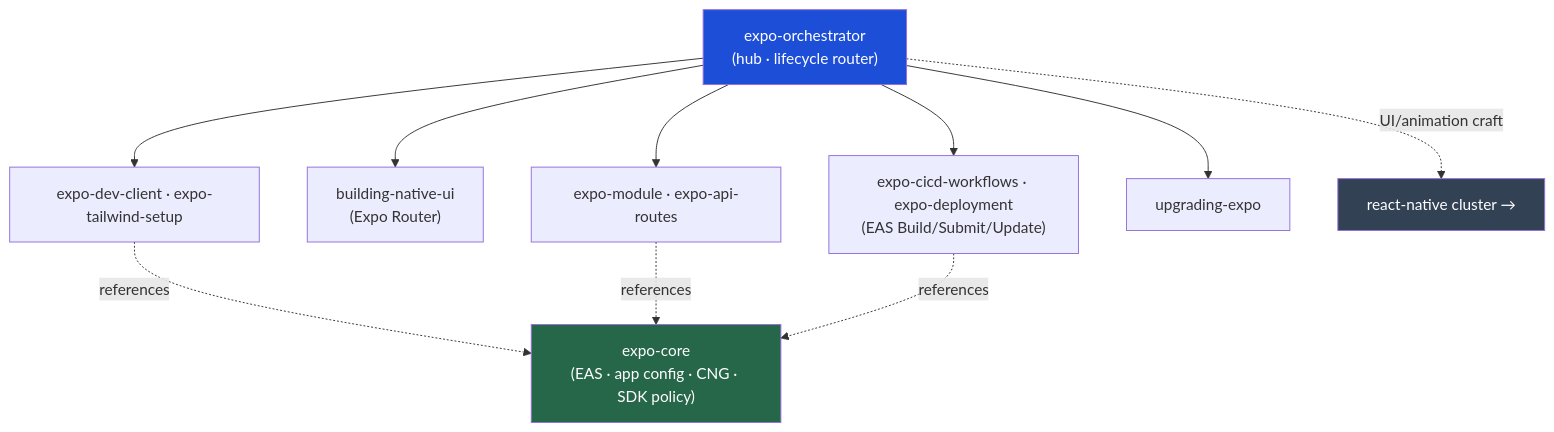
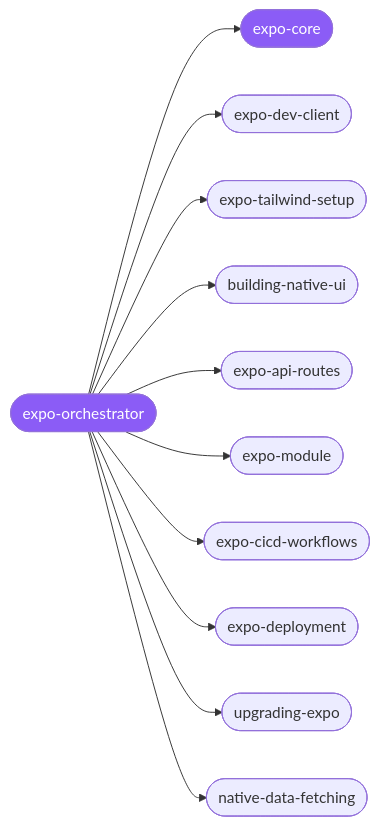
Before and after one commit to Sheshiyer/skill-clusters: the diagram in clusters/expo/README.md, drawn with Mermaid. The commit also changed other lines of this file and 44 other files, not shown here.

````diff
--- a/clusters/expo/README.md
+++ b/clusters/expo/README.md
@@ -30,17 +18,14 @@
 ```mermaid
-graph TD
-    O["expo-orchestrator<br/>(hub · lifecycle router)"]
-    O --> DEV["expo-dev-client · expo-tailwind-setup"]
-    O --> UI["building-native-ui<br/>(Expo Router)"]
-    O --> NAT["expo-module · expo-api-routes"]
-    O --> SHIP["expo-cicd-workflows · expo-deployment<br/>(EAS Build/Submit/Update)"]
-    O --> MNT["upgrading-expo"]
-    O -. "UI/animation craft" .-> RN["react-native cluster →"]
-    DEV -. references .-> C["expo-core<br/>(EAS · app config · CNG · SDK policy)"]
-    NAT -. references .-> C
-    SHIP -. references .-> C
-
-    style O fill:#1d4ed8,color:#fff
-    style C fill:#276749,color:#fff
-    style RN fill:#334155,color:#fff
+graph LR
+  o([expo-orchestrator]):::hub --> c([expo-core]):::hub
+  o --> s1([expo-dev-client])
+  o --> s2([expo-tailwind-setup])
+  o --> s3([building-native-ui])
+  o --> s4([expo-api-routes])
+  o --> s5([expo-module])
+  o --> s6([expo-cicd-workflows])
+  o --> s7([expo-deployment])
+  o --> s8([upgrading-expo])
+  o --> s9([native-data-fetching])
+  classDef hub fill:#8b5cf6,color:#fff;
 ```
````
